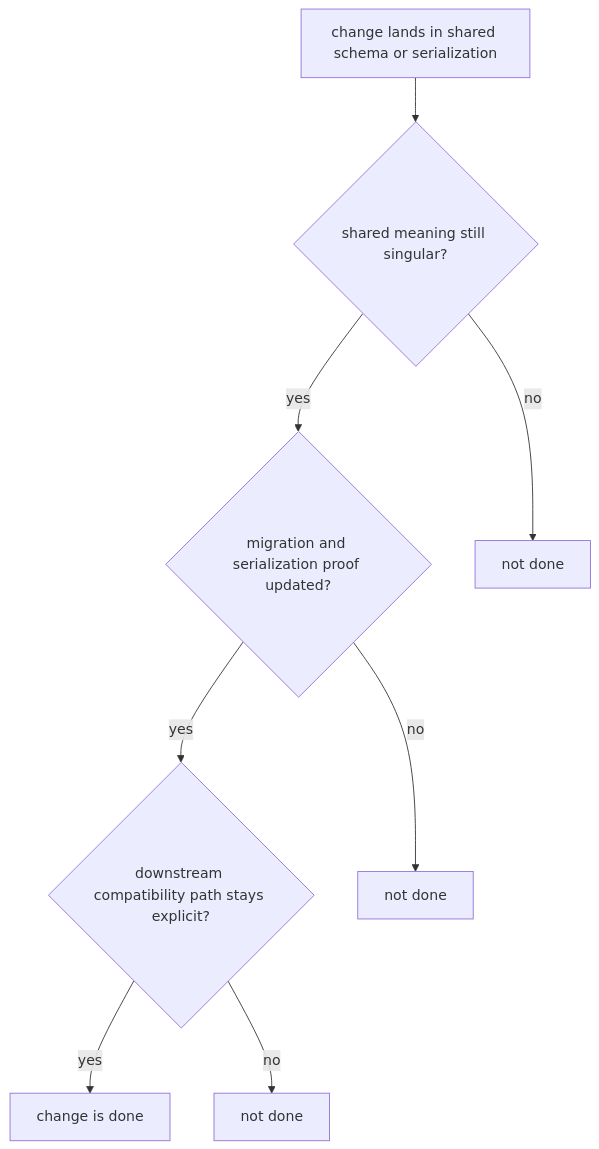
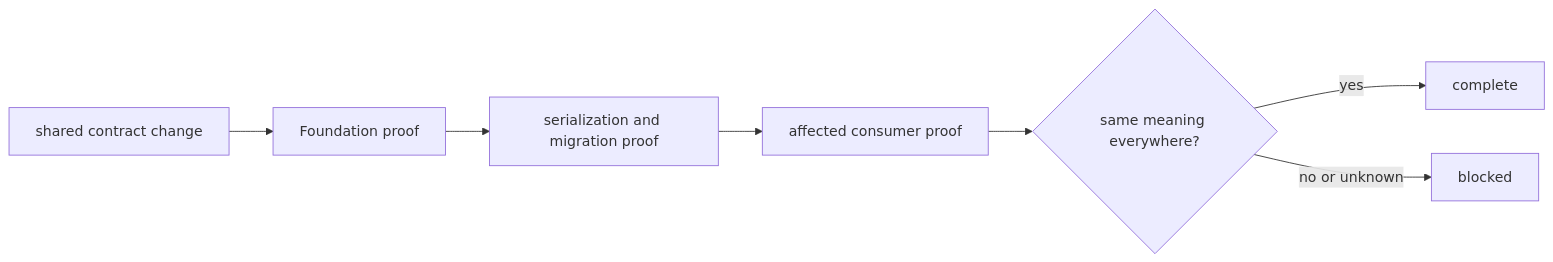
Before and after one commit to bijux/bijux-proteomics: the diagram in docs/03-bijux-proteomics-foundation/quality/definition-of-done.md, drawn with Mermaid. The commit also changed other lines of this file and 2 other files, not shown here.

Commit message:
docs(foundation): specify shared contract proof

````diff
--- a/docs/03-bijux-proteomics-foundation/quality/definition-of-done.md
+++ b/docs/03-bijux-proteomics-foundation/quality/definition-of-done.md
@@ -18,16 +30,9 @@
 ```mermaid
-flowchart TB
-    change["change lands in shared schema or serialization"]
-    meaning{"shared meaning still singular?"}
-    proof{"migration and serialization proof updated?"}
-    downstream{"downstream compatibility path stays explicit?"}
-    done["change is done"]
-
-    change --> meaning
-    meaning -->|yes| proof
-    meaning -->|no| block1["not done"]
-    proof -->|yes| downstream
-    proof -->|no| block2["not done"]
-    downstream -->|yes| done
-    downstream -->|no| block3["not done"]
+flowchart LR
+    S["shared contract change"] --> L["Foundation proof"]
+    L --> Z["serialization and migration proof"]
+    Z --> C["affected consumer proof"]
+    C --> A{"same meaning everywhere?"}
+    A -->|yes| D["complete"]
+    A -->|no or unknown| B["blocked"]
 ```
````
